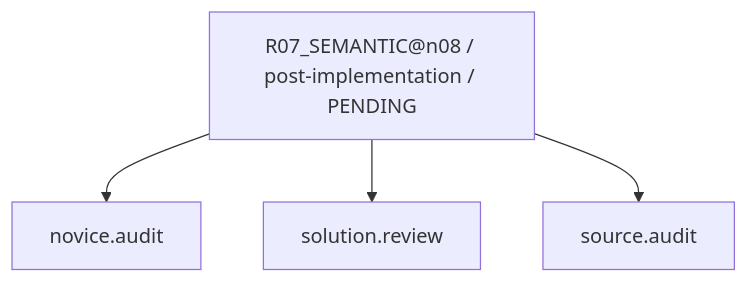
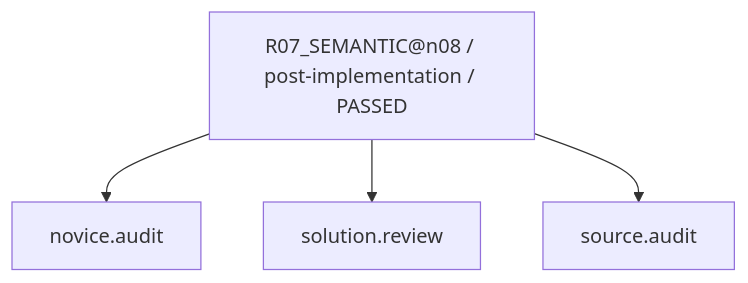
One commit to rrikunagasige-dot/kyotsu-step-web changed diagram 12 of 17 in work/items/W-MATH-037-n08-workflow-trial/generated/CAPABILITY_FIRE_DIAGRAM.md. Above: the diagram before and after it, drawn with Mermaid. The commit also changed other lines of this file and 85 other files, not shown here.

````diff
--- a/work/items/W-MATH-037-n08-workflow-trial/generated/CAPABILITY_FIRE_DIAGRAM.md
+++ b/work/items/W-MATH-037-n08-workflow-trial/generated/CAPABILITY_FIRE_DIAGRAM.md
@@ -194,10 +194,10 @@
 ```mermaid
 flowchart TD
-  N0["R07_SEMANTIC@n08 / post-implementation / PENDING"]
+  N0["R07_SEMANTIC@n08 / post-implementation / PASSED"]
   N1["source.audit"]
   N2["novice.audit"]
   N3["solution.review"]
   N0 --> N2
   N0 --> N3
   N0 --> N1
 ```
````
